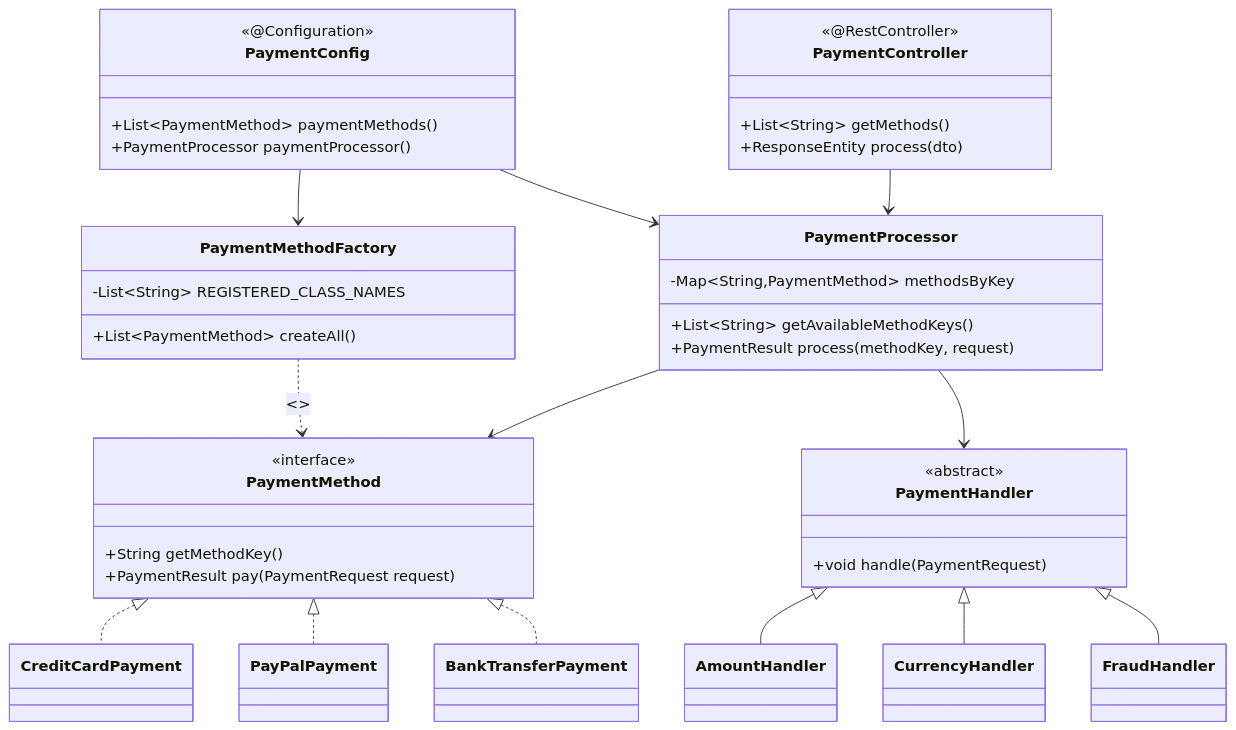
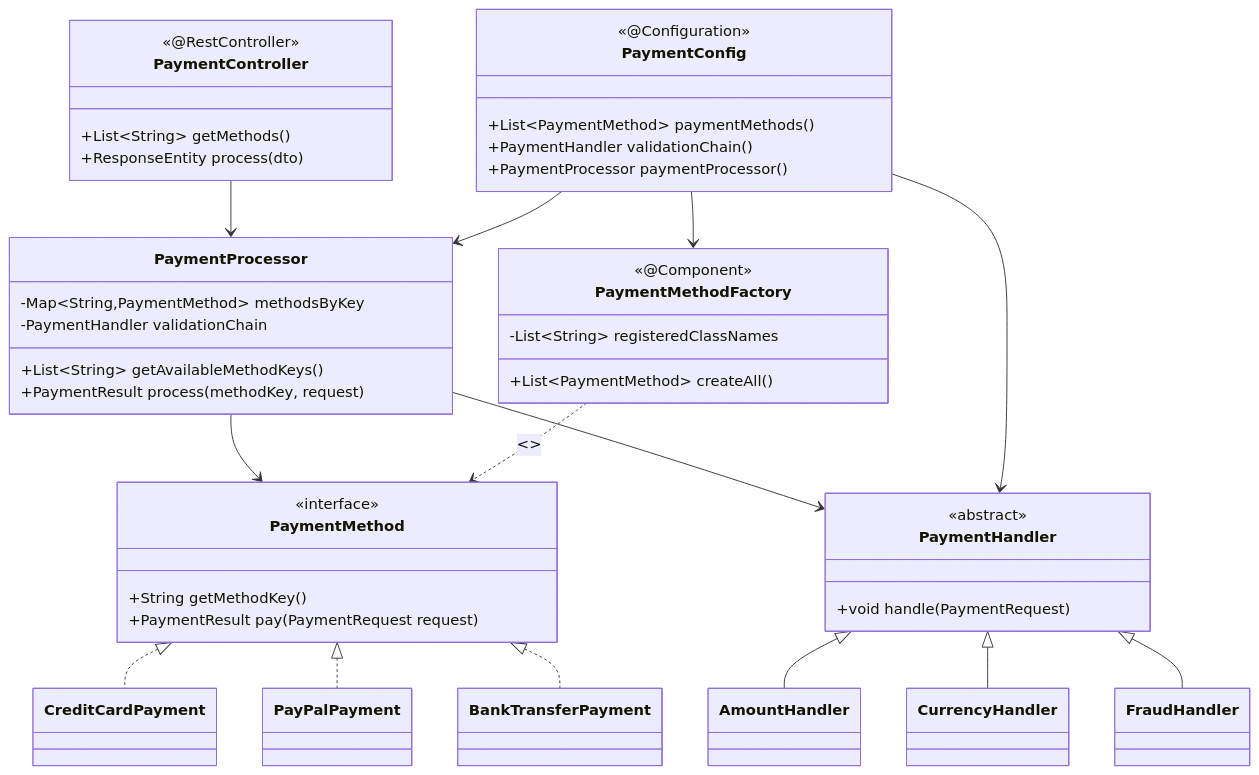
One commit to SamedBilginAlternet/n11_final changed the first of 2 diagrams in README.md. Above: the diagram before and after it, drawn with Mermaid. The commit also changed other lines of this file, not shown here.

Commit message:
docs: add developer guide for adding endpoints, payment methods, handlers, DTOs, and exceptions

````diff
--- a/README.md
+++ b/README.md
@@ -124,56 +134,60 @@
 ```mermaid
 classDiagram
     class PaymentMethod {
       <<interface>>
       +String getMethodKey()
       +PaymentResult pay(PaymentRequest request)
     }
 
     class PaymentMethodFactory {
-      -List~String~ REGISTERED_CLASS_NAMES
+      <<@Component>>
+      -List~String~ registeredClassNames
       +List~PaymentMethod~ createAll()
     }
 
     class PaymentConfig {
       <<@Configuration>>
       +List~PaymentMethod~ paymentMethods()
+      +PaymentHandler validationChain()
       +PaymentProcessor paymentProcessor()
     }
 
     class PaymentController {
       <<@RestController>>
       +List~String~ getMethods()
       +ResponseEntity process(dto)
     }
 
     class PaymentProcessor {
       -Map~String,PaymentMethod~ methodsByKey
+      -PaymentHandler validationChain
       +List~String~ getAvailableMethodKeys()
       +PaymentResult process(methodKey, request)
     }
 
     class PaymentHandler {
       <<abstract>>
       +void handle(PaymentRequest)
     }
 
     class CreditCardPayment
     class PayPalPayment
     class BankTransferPayment
     class AmountHandler
     class CurrencyHandler
     class FraudHandler
 
     PaymentMethod <|.. CreditCardPayment
     PaymentMethod <|.. PayPalPayment
     PaymentMethod <|.. BankTransferPayment
     PaymentMethodFactory ..> PaymentMethod : <<reflection>>
     PaymentConfig --> PaymentMethodFactory
     PaymentConfig --> PaymentProcessor
+    PaymentConfig --> PaymentHandler
     PaymentController --> PaymentProcessor
     PaymentProcessor --> PaymentHandler
     PaymentProcessor --> PaymentMethod
     PaymentHandler <|-- AmountHandler
     PaymentHandler <|-- CurrencyHandler
     PaymentHandler <|-- FraudHandler
 ```
````
